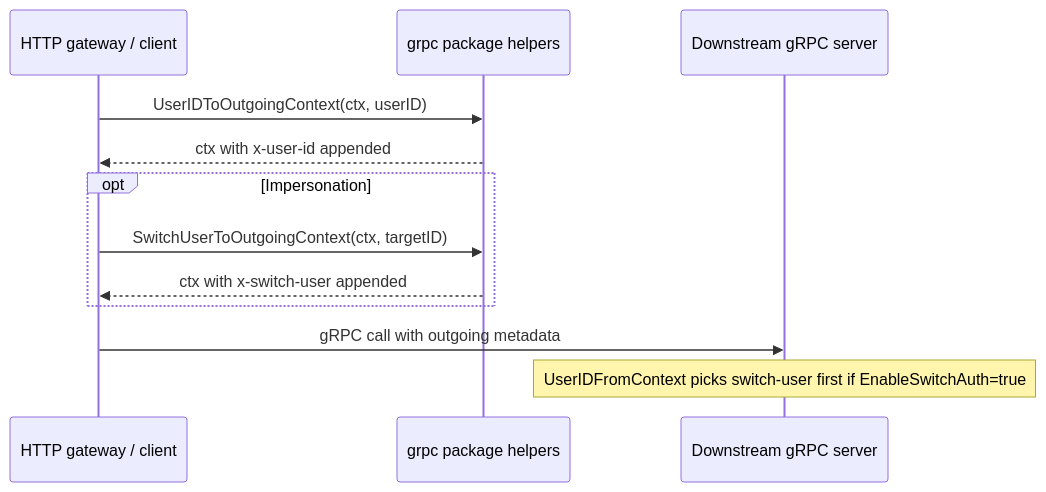
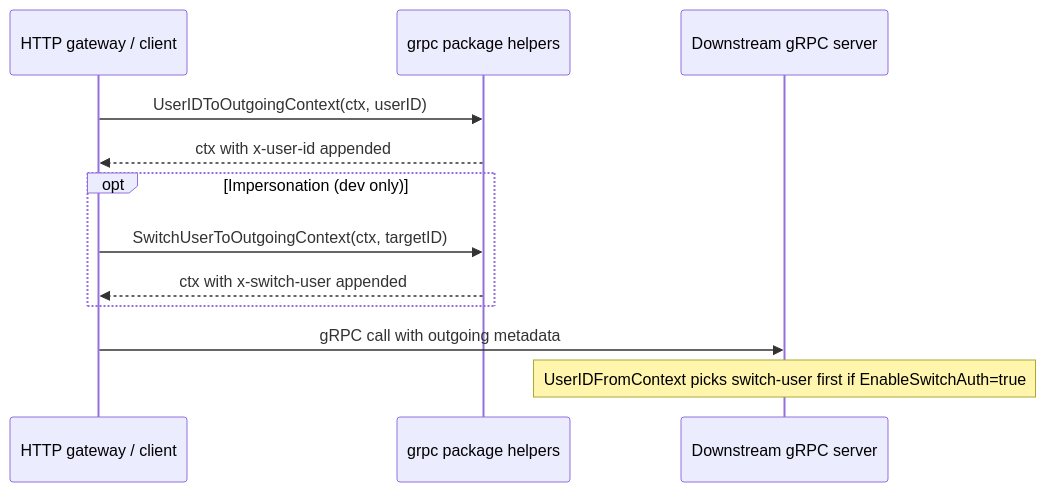
The second of 2 diagrams in grpc/DESIGN.md (panyam/oneauth), drawn with Mermaid before and after one commit. The commit also changed other lines of this file and 42 other files, not shown here.

````diff
--- a/grpc/DESIGN.md
+++ b/grpc/DESIGN.md
@@ -67,15 +73,15 @@
 ```mermaid
 sequenceDiagram
     participant Caller as HTTP gateway / client
     participant Helpers as grpc package helpers
     participant Server as Downstream gRPC server
 
     Caller->>Helpers: UserIDToOutgoingContext(ctx, userID)
     Helpers-->>Caller: ctx with x-user-id appended
-    opt Impersonation
+    opt Impersonation (dev only)
         Caller->>Helpers: SwitchUserToOutgoingContext(ctx, targetID)
         Helpers-->>Caller: ctx with x-switch-user appended
     end
     Caller->>Server: gRPC call with outgoing metadata
     Note over Server: UserIDFromContext picks switch-user first if EnableSwitchAuth=true
 ```
````
